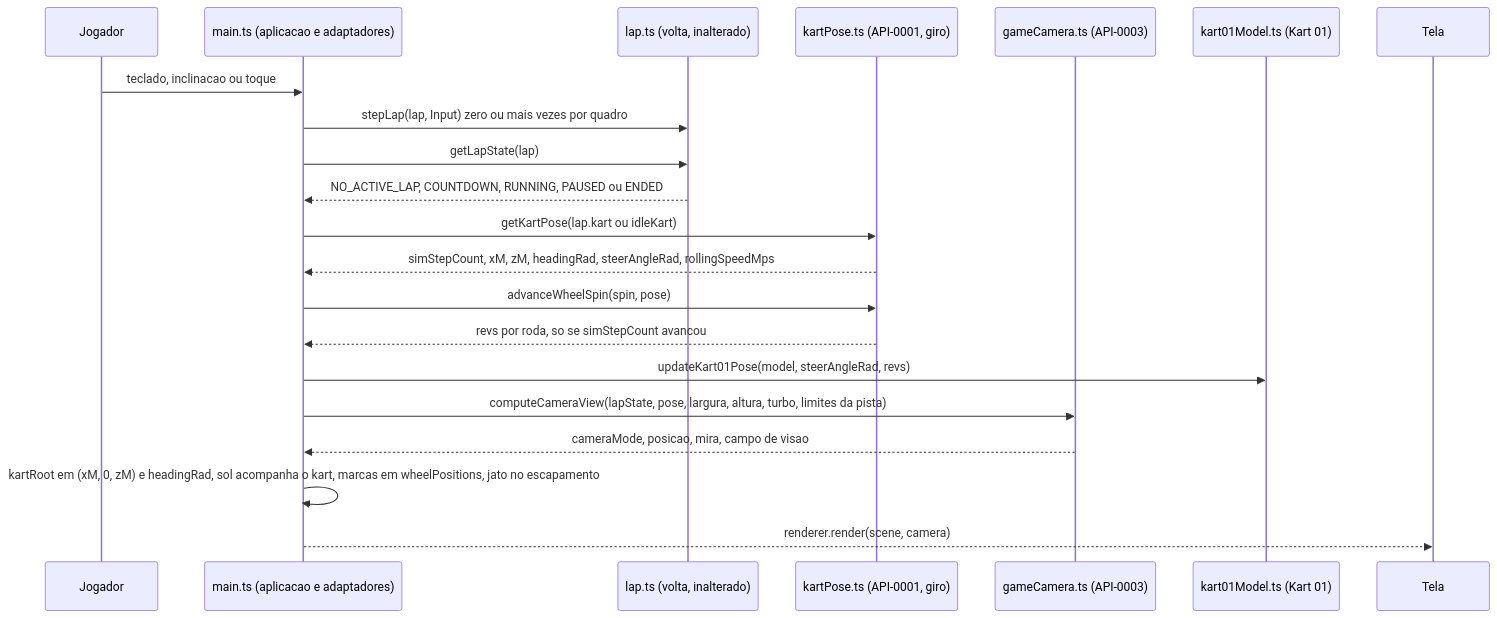
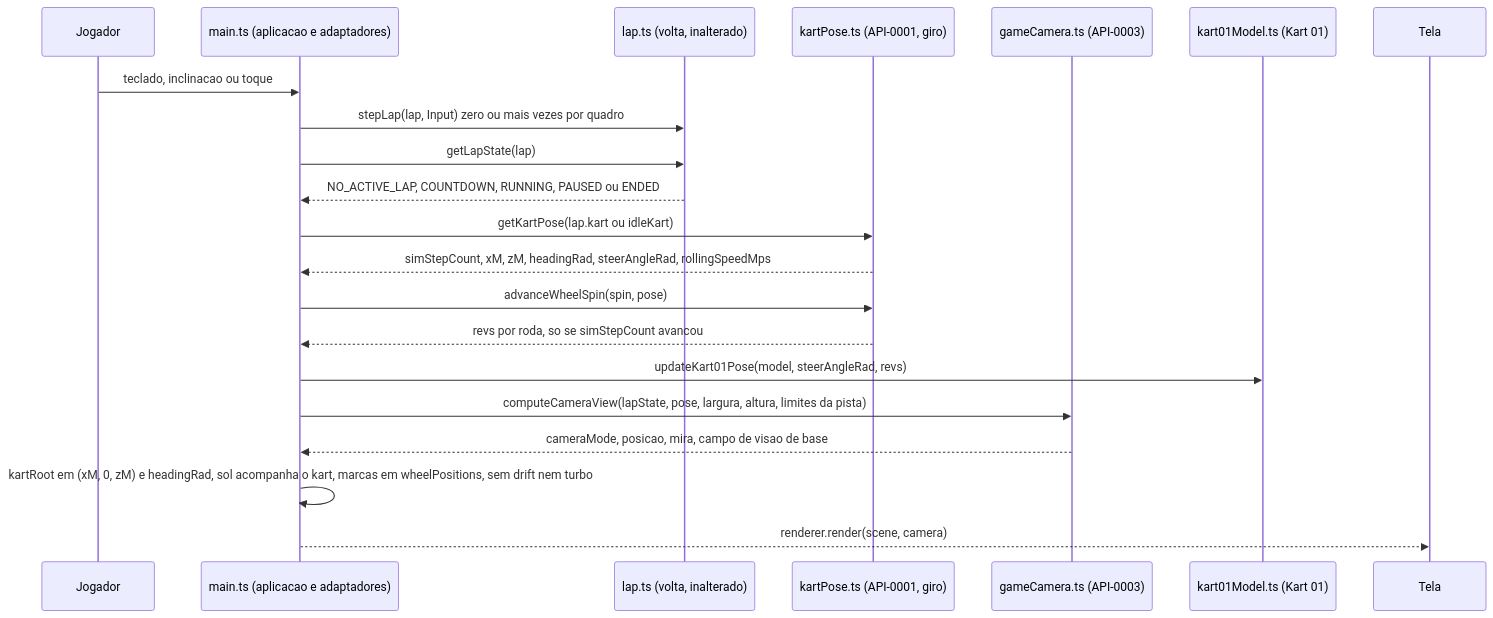
The diagram in 300 Specs/330 D-Specs/Output/modelo-kart-01/01-architecture.md (edumatosr6-svg/kartle-staging), drawn with Mermaid before and after one commit. The commit also changed other lines of this file and 14 other files, not shown here.

Commit message:
modelo-kart-01: D-Spec revalidado (câmera independente do tipo de volta, sem efeitos de drift e turbo)

````diff
--- a/300 Specs/330 D-Specs/Output/modelo-kart-01/01-architecture.md
+++ b/300 Specs/330 D-Specs/Output/modelo-kart-01/01-architecture.md
@@ -99,23 +111,23 @@
 ```mermaid
 sequenceDiagram
     participant J as Jogador
     participant M as main.ts (aplicacao e adaptadores)
     participant L as lap.ts (volta, inalterado)
     participant P as kartPose.ts (API-0001, giro)
     participant C as gameCamera.ts (API-0003)
     participant K as kart01Model.ts (Kart 01)
     participant T as Tela
     J->>M: teclado, inclinacao ou toque
     M->>L: stepLap(lap, Input) zero ou mais vezes por quadro
     M->>L: getLapState(lap)
     L-->>M: NO_ACTIVE_LAP, COUNTDOWN, RUNNING, PAUSED ou ENDED
     M->>P: getKartPose(lap.kart ou idleKart)
     P-->>M: simStepCount, xM, zM, headingRad, steerAngleRad, rollingSpeedMps
     M->>P: advanceWheelSpin(spin, pose)
     P-->>M: revs por roda, so se simStepCount avancou
     M->>K: updateKart01Pose(model, steerAngleRad, revs)
-    M->>C: computeCameraView(lapState, pose, largura, altura, turbo, limites da pista)
-    C-->>M: cameraMode, posicao, mira, campo de visao
-    M->>M: kartRoot em (xM, 0, zM) e headingRad, sol acompanha o kart, marcas em wheelPositions, jato no escapamento
+    M->>C: computeCameraView(lapState, pose, largura, altura, limites da pista)
+    C-->>M: cameraMode, posicao, mira, campo de visao de base
+    M->>M: kartRoot em (xM, 0, zM) e headingRad, sol acompanha o kart, marcas em wheelPositions, sem drift nem turbo
     M-->>T: renderer.render(scene, camera)
 ```
````
